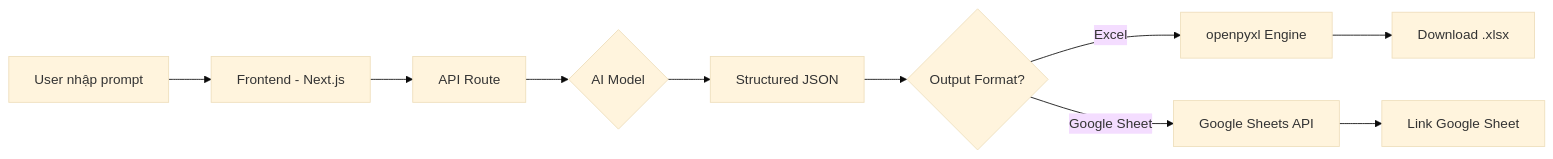
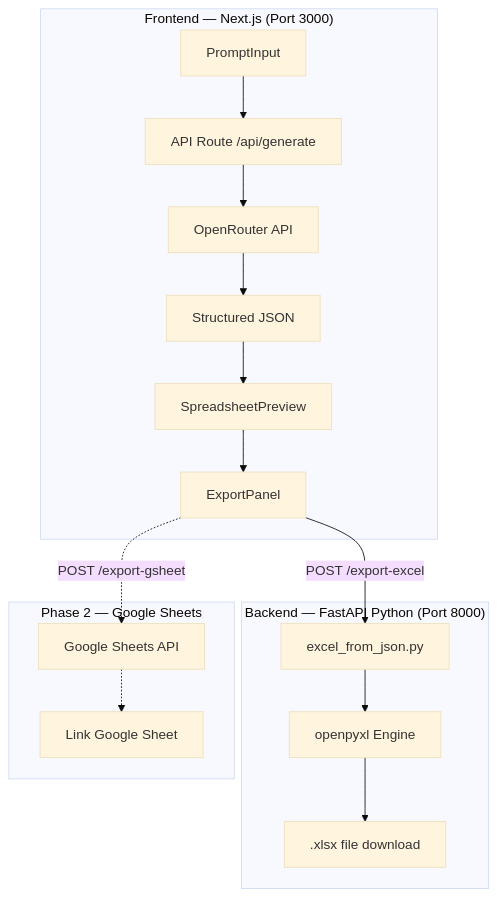
One commit to tuthan1874/antigravity_sync changed the first of 2 diagrams in brain/b1f3b9fe-ecf4-403f-b3f1-7653e4d2ae43/implementation_plan.md. Above: the diagram before and after it, drawn with Mermaid (base theme). The commit also changed other lines of this file and 8 other files, not shown here.

````diff
--- a/brain/b1f3b9fe-ecf4-403f-b3f1-7653e4d2ae43/implementation_plan.md
+++ b/brain/b1f3b9fe-ecf4-403f-b3f1-7653e4d2ae43/implementation_plan.md
@@ -7,12 +19,21 @@
 ```mermaid
-graph LR
-    A[User nhập prompt] --> B[Frontend - Next.js]
-    B --> C[API Route]
-    C --> D{AI Model}
-    D --> E[Structured JSON]
-    E --> F{Output Format?}
-    F -->|Excel| G[openpyxl Engine]
-    F -->|Google Sheet| H[Google Sheets API]
-    G --> I[Download .xlsx]
-    H --> J[Link Google Sheet]
+graph TB
+    subgraph "Frontend — Next.js (Port 3000)"
+        A[PromptInput] --> B[API Route /api/generate]
+        B --> C[OpenRouter API]
+        C --> D[Structured JSON]
+        D --> E[SpreadsheetPreview]
+        E --> F[ExportPanel]
+    end
+
+    subgraph "Backend — FastAPI Python (Port 8000)"
+        F -->|POST /export-excel| G[excel_from_json.py]
+        G --> H[openpyxl Engine]
+        H --> I[.xlsx file download]
+    end
+
+    subgraph "Phase 2 — Google Sheets"
+        F -.->|POST /export-gsheet| J[Google Sheets API]
+        J -.-> K[Link Google Sheet]
+    end
 ```
````
